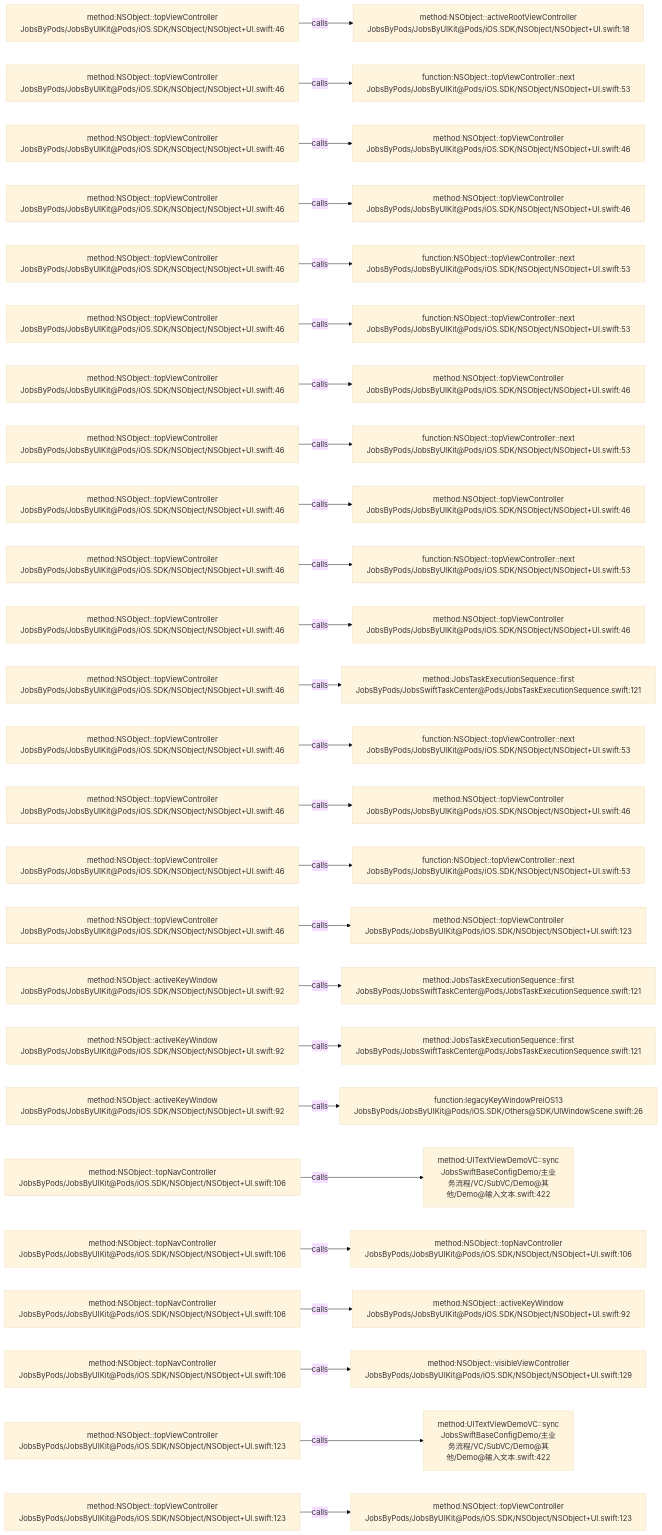
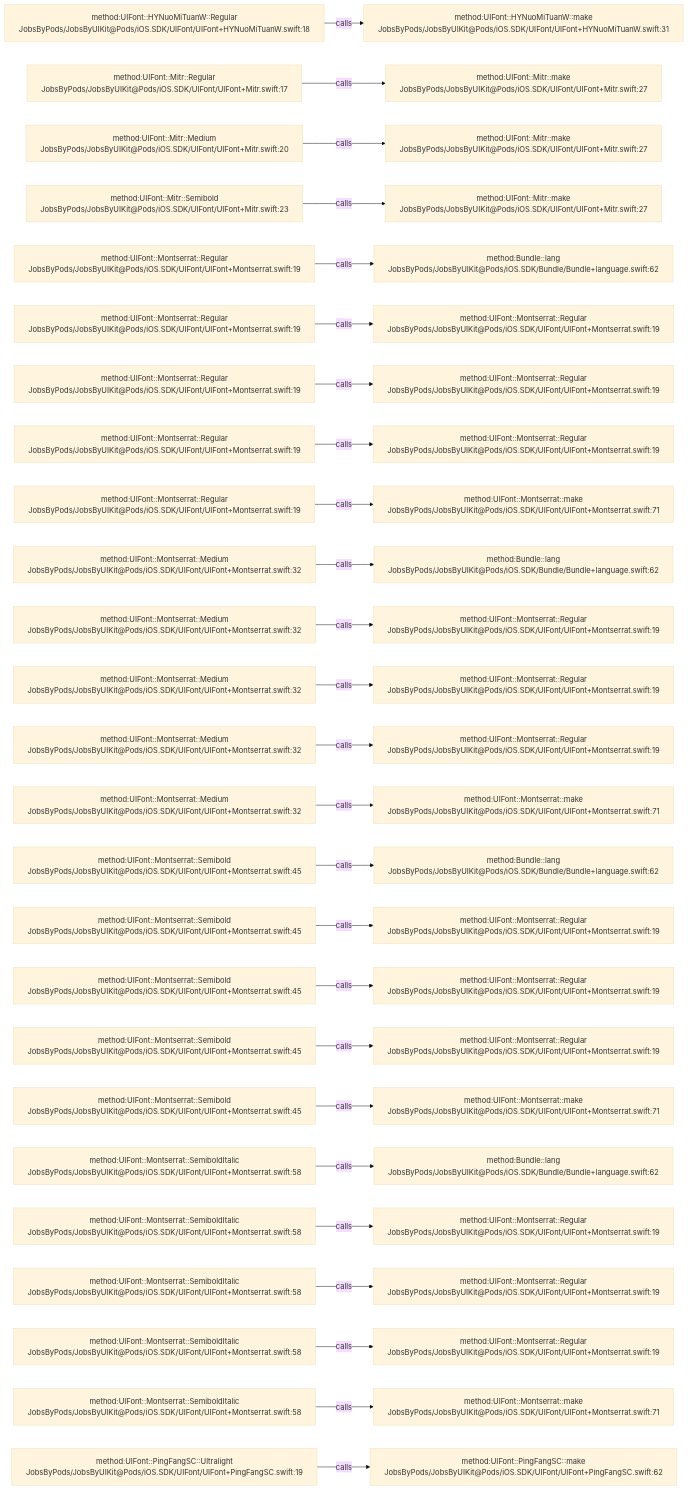
The diagram in .codegraph/codegraph.md/graphs/calls-020.md (JobsKits/JobsSwiftBaseConfigDemo), drawn with Mermaid (base theme) before and after one commit. The commit also changed 569 other files, not shown here.

````diff
--- a/.codegraph/codegraph.md/graphs/calls-020.md
+++ b/.codegraph/codegraph.md/graphs/calls-020.md
@@ -13,78 +13,78 @@
 ```mermaid
 flowchart LR
-  S1["method:NSObject::topViewController<br/>JobsByPods/JobsByUIKit@Pods/iOS.SDK/NSObject/NSObject+UI.swift:46"]
-  T1["method:NSObject::activeRootViewController<br/>JobsByPods/JobsByUIKit@Pods/iOS.SDK/NSObject/NSObject+UI.swift:18"]
+  S1["method:UIFont::HYNuoMiTuanW::Regular<br/>JobsByPods/JobsByUIKit@Pods/iOS.SDK/UIFont/UIFont+HYNuoMiTuanW.swift:18"]
+  T1["method:UIFont::HYNuoMiTuanW::make<br/>JobsByPods/JobsByUIKit@Pods/iOS.SDK/UIFont/UIFont+HYNuoMiTuanW.swift:31"]
   S1 -->|calls| T1
-  S2["method:NSObject::topViewController<br/>JobsByPods/JobsByUIKit@Pods/iOS.SDK/NSObject/NSObject+UI.swift:46"]
-  T2["function:NSObject::topViewController::next<br/>JobsByPods/JobsByUIKit@Pods/iOS.SDK/NSObject/NSObject+UI.swift:53"]
+  S2["method:UIFont::Mitr::Regular<br/>JobsByPods/JobsByUIKit@Pods/iOS.SDK/UIFont/UIFont+Mitr.swift:17"]
+  T2["method:UIFont::Mitr::make<br/>JobsByPods/JobsByUIKit@Pods/iOS.SDK/UIFont/UIFont+Mitr.swift:27"]
   S2 -->|calls| T2
-  S3["method:NSObject::topViewController<br/>JobsByPods/JobsByUIKit@Pods/iOS.SDK/NSObject/NSObject+UI.swift:46"]
-  T3["method:NSObject::topViewController<br/>JobsByPods/JobsByUIKit@Pods/iOS.SDK/NSObject/NSObject+UI.swift:46"]
+  S3["method:UIFont::Mitr::Medium<br/>JobsByPods/JobsByUIKit@Pods/iOS.SDK/UIFont/UIFont+Mitr.swift:20"]
+  T3["method:UIFont::Mitr::make<br/>JobsByPods/JobsByUIKit@Pods/iOS.SDK/UIFont/UIFont+Mitr.swift:27"]
   S3 -->|calls| T3
-  S4["method:NSObject::topViewController<br/>JobsByPods/JobsByUIKit@Pods/iOS.SDK/NSObject/NSObject+UI.swift:46"]
-  T4["method:NSObject::topViewController<br/>JobsByPods/JobsByUIKit@Pods/iOS.SDK/NSObject/NSObject+UI.swift:46"]
+  S4["method:UIFont::Mitr::Semibold<br/>JobsByPods/JobsByUIKit@Pods/iOS.SDK/UIFont/UIFont+Mitr.swift:23"]
+  T4["method:UIFont::Mitr::make<br/>JobsByPods/JobsByUIKit@Pods/iOS.SDK/UIFont/UIFont+Mitr.swift:27"]
   S4 -->|calls| T4
-  S5["method:NSObject::topViewController<br/>JobsByPods/JobsByUIKit@Pods/iOS.SDK/NSObject/NSObject+UI.swift:46"]
-  T5["function:NSObject::topViewController::next<br/>JobsByPods/JobsByUIKit@Pods/iOS.SDK/NSObject/NSObject+UI.swift:53"]
+  S5["method:UIFont::Montserrat::Regular<br/>JobsByPods/JobsByUIKit@Pods/iOS.SDK/UIFont/UIFont+Montserrat.swift:19"]
+  T5["method:Bundle::lang<br/>JobsByPods/JobsByUIKit@Pods/iOS.SDK/Bundle/Bundle+language.swift:62"]
   S5 -->|calls| T5
-  S6["method:NSObject::topViewController<br/>JobsByPods/JobsByUIKit@Pods/iOS.SDK/NSObject/NSObject+UI.swift:46"]
-  T6["function:NSObject::topViewController::next<br/>JobsByPods/JobsByUIKit@Pods/iOS.SDK/NSObject/NSObject+UI.swift:53"]
+  S6["method:UIFont::Montserrat::Regular<br/>JobsByPods/JobsByUIKit@Pods/iOS.SDK/UIFont/UIFont+Montserrat.swift:19"]
+  T6["method:UIFont::Montserrat::Regular<br/>JobsByPods/JobsByUIKit@Pods/iOS.SDK/UIFont/UIFont+Montserrat.swift:19"]
   S6 -->|calls| T6
-  S7["method:NSObject::topViewController<br/>JobsByPods/JobsByUIKit@Pods/iOS.SDK/NSObject/NSObject+UI.swift:46"]
-  T7["method:NSObject::topViewController<br/>JobsByPods/JobsByUIKit@Pods/iOS.SDK/NSObject/NSObject+UI.swift:46"]
+  S7["method:UIFont::Montserrat::Regular<br/>JobsByPods/JobsByUIKit@Pods/iOS.SDK/UIFont/UIFont+Montserrat.swift:19"]
+  T7["method:UIFont::Montserrat::Regular<br/>JobsByPods/JobsByUIKit@Pods/iOS.SDK/UIFont/UIFont+Montserrat.swift:19"]
   S7 -->|calls| T7
-  S8["method:NSObject::topViewController<br/>JobsByPods/JobsByUIKit@Pods/iOS.SDK/NSObject/NSObject+UI.swift:46"]
-  T8["function:NSObject::topViewController::next<br/>JobsByPods/JobsByUIKit@Pods/iOS.SDK/NSObject/NSObject+UI.swift:53"]
+  S8["method:UIFont::Montserrat::Regular<br/>JobsByPods/JobsByUIKit@Pods/iOS.SDK/UIFont/UIFont+Montserrat.swift:19"]
+  T8["method:UIFont::Montserrat::Regular<br/>JobsByPods/JobsByUIKit@Pods/iOS.SDK/UIFont/UIFont+Montserrat.swift:19"]
   S8 -->|calls| T8
-  S9["method:NSObject::topViewController<br/>JobsByPods/JobsByUIKit@Pods/iOS.SDK/NSObject/NSObject+UI.swift:46"]
-  T9["method:NSObject::topViewController<br/>JobsByPods/JobsByUIKit@Pods/iOS.SDK/NSObject/NSObject+UI.swift:46"]
+  S9["method:UIFont::Montserrat::Regular<br/>JobsByPods/JobsByUIKit@Pods/iOS.SDK/UIFont/UIFont+Montserrat.swift:19"]
+  T9["method:UIFont::Montserrat::make<br/>JobsByPods/JobsByUIKit@Pods/iOS.SDK/UIFont/UIFont+Montserrat.swift:71"]
   S9 -->|calls| T9
-  S10["method:NSObject::topViewController<br/>JobsByPods/JobsByUIKit@Pods/iOS.SDK/NSObject/NSObject+UI.swift:46"]
-  T10["function:NSObject::topViewController::next<br/>JobsByPods/JobsByUIKit@Pods/iOS.SDK/NSObject/NSObject+UI.swift:53"]
+  S10["method:UIFont::Montserrat::Medium<br/>JobsByPods/JobsByUIKit@Pods/iOS.SDK/UIFont/UIFont+Montserrat.swift:32"]
+  T10["method:Bundle::lang<br/>JobsByPods/JobsByUIKit@Pods/iOS.SDK/Bundle/Bundle+language.swift:62"]
   S10 -->|calls| T10
-  S11["method:NSObject::topViewController<br/>JobsByPods/JobsByUIKit@Pods/iOS.SDK/NSObject/NSObject+UI.swift:46"]
-  T11["method:NSObject::topViewController<br/>JobsByPods/JobsByUIKit@Pods/iOS.SDK/NSObject/NSObject+UI.swift:46"]
+  S11["method:UIFont::Montserrat::Medium<br/>JobsByPods/JobsByUIKit@Pods/iOS.SDK/UIFont/UIFont+Montserrat.swift:32"]
+  T11["method:UIFont::Montserrat::Regular<br/>JobsByPods/JobsByUIKit@Pods/iOS.SDK/UIFont/UIFont+Montserrat.swift:19"]
   S11 -->|calls| T11
-  S12["method:NSObject::topViewController<br/>JobsByPods/JobsByUIKit@Pods/iOS.SDK/NSObject/NSObject+UI.swift:46"]
-  T12["method:JobsTaskExecutionSequence::first<br/>JobsByPods/JobsSwiftTaskCenter@Pods/JobsTaskExecutionSequence.swift:121"]
+  S12["method:UIFont::Montserrat::Medium<br/>JobsByPods/JobsByUIKit@Pods/iOS.SDK/UIFont/UIFont+Montserrat.swift:32"]
+  T12["method:UIFont::Montserrat::Regular<br/>JobsByPods/JobsByUIKit@Pods/iOS.SDK/UIFont/UIFont+Montserrat.swift:19"]
   S12 -->|calls| T12
-  S13["method:NSObject::topViewController<br/>JobsByPods/JobsByUIKit@Pods/iOS.SDK/NSObject/NSObject+UI.swift:46"]
-  T13["function:NSObject::topViewController::next<br/>JobsByPods/JobsByUIKit@Pods/iOS.SDK/NSObject/NSObject+UI.swift:53"]
+  S13["method:UIFont::Montserrat::Medium<br/>JobsByPods/JobsByUIKit@Pods/iOS.SDK/UIFont/UIFont+Montserrat.swift:32"]
+  T13["method:UIFont::Montserrat::Regular<br/>JobsByPods/JobsByUIKit@Pods/iOS.SDK/UIFont/UIFont+Montserrat.swift:19"]
   S13 -->|calls| T13
-  S14["method:NSObject::topViewController<br/>JobsByPods/JobsByUIKit@Pods/iOS.SDK/NSObject/NSObject+UI.swift:46"]
-  T14["method:NSObject::topViewController<br/>JobsByPods/JobsByUIKit@Pods/iOS.SDK/NSObject/NSObject+UI.swift:46"]
+  S14["method:UIFont::Montserrat::Medium<br/>JobsByPods/JobsByUIKit@Pods/iOS.SDK/UIFont/UIFont+Montserrat.swift:32"]
+  T14["method:UIFont::Montserrat::make<br/>JobsByPods/JobsByUIKit@Pods/iOS.SDK/UIFont/UIFont+Montserrat.swift:71"]
   S14 -->|calls| T14
-  S15["method:NSObject::topViewController<br/>JobsByPods/JobsByUIKit@Pods/iOS.SDK/NSObject/NSObject+UI.swift:46"]
-  T15["function:NSObject::topViewController::next<br/>JobsByPods/JobsByUIKit@Pods/iOS.SDK/NSObject/NSObject+UI.swift:53"]
+  S15["method:UIFont::Montserrat::Semibold<br/>JobsByPods/JobsByUIKit@Pods/iOS.SDK/UIFont/UIFont+Montserrat.swift:45"]
+  T15["method:Bundle::lang<br/>JobsByPods/JobsByUIKit@Pods/iOS.SDK/Bundle/Bundle+language.swift:62"]
   S15 -->|calls| T15
-  S16["method:NSObject::topViewController<br/>JobsByPods/JobsByUIKit@Pods/iOS.SDK/NSObject/NSObject+UI.swift:46"]
-  T16["method:NSObject::topViewController<br/>JobsByPods/JobsByUIKit@Pods/iOS.SDK/NSObject/NSObject+UI.swift:123"]
+  S16["method:UIFont::Montserrat::Semibold<br/>JobsByPods/JobsByUIKit@Pods/iOS.SDK/UIFont/UIFont+Montserrat.swift:45"]
+  T16["method:UIFont::Montserrat::Regular<br/>JobsByPods/JobsByUIKit@Pods/iOS.SDK/UIFont/UIFont+Montserrat.swift:19"]
   S16 -->|calls| T16
-  S17["method:NSObject::activeKeyWindow<br/>JobsByPods/JobsByUIKit@Pods/iOS.SDK/NSObject/NSObject+UI.swift:92"]
-  T17["method:JobsTaskExecutionSequence::first<br/>JobsByPods/JobsSwiftTaskCenter@Pods/JobsTaskExecutionSequence.swift:121"]
+  S17["method:UIFont::Montserrat::Semibold<br/>JobsByPods/JobsByUIKit@Pods/iOS.SDK/UIFont/UIFont+Montserrat.swift:45"]
+  T17["method:UIFont::Montserrat::Regular<br/>JobsByPods/JobsByUIKit@Pods/iOS.SDK/UIFont/UIFont+Montserrat.swift:19"]
   S17 -->|calls| T17
-  S18["method:NSObject::activeKeyWindow<br/>JobsByPods/JobsByUIKit@Pods/iOS.SDK/NSObject/NSObject+UI.swift:92"]
-  T18["method:JobsTaskExecutionSequence::first<br/>JobsByPods/JobsSwiftTaskCenter@Pods/JobsTaskExecutionSequence.swift:121"]
+  S18["method:UIFont::Montserrat::Semibold<br/>JobsByPods/JobsByUIKit@Pods/iOS.SDK/UIFont/UIFont+Montserrat.swift:45"]
+  T18["method:UIFont::Montserrat::Regular<br/>JobsByPods/JobsByUIKit@Pods/iOS.SDK/UIFont/UIFont+Montserrat.swift:19"]
   S18 -->|calls| T18
-  S19["method:NSObject::activeKeyWindow<br/>JobsByPods/JobsByUIKit@Pods/iOS.SDK/NSObject/NSObject+UI.swift:92"]
-  T19["function:legacyKeyWindowPreiOS13<br/>JobsByPods/JobsByUIKit@Pods/iOS.SDK/Others@SDK/UIWindowScene.swift:26"]
+  S19["method:UIFont::Montserrat::Semibold<br/>JobsByPods/JobsByUIKit@Pods/iOS.SDK/UIFont/UIFont+Montserrat.swift:45"]
+  T19["method:UIFont::Montserrat::make<br/>JobsByPods/JobsByUIKit@Pods/iOS.SDK/UIFont/UIFont+Montserrat.swift:71"]
   S19 -->|calls| T19
-  S20["method:NSObject::topNavController<br/>JobsByPods/JobsByUIKit@Pods/iOS.SDK/NSObject/NSObject+UI.swift:106"]
-  T20["method:UITextViewDemoVC::sync<br/>JobsSwiftBaseConfigDemo/主业务流程/VC/SubVC/Demo@其他/Demo@输入文本.swift:422"]
+  S20["method:UIFont::Montserrat::SemiboldItalic<br/>JobsByPods/JobsByUIKit@Pods/iOS.SDK/UIFont/UIFont+Montserrat.swift:58"]
+  T20["method:Bundle::lang<br/>JobsByPods/JobsByUIKit@Pods/iOS.SDK/Bundle/Bundle+language.swift:62"]
   S20 -->|calls| T20
-  S21["method:NSObject::topNavController<br/>JobsByPods/JobsByUIKit@Pods/iOS.SDK/NSObject/NSObject+UI.swift:106"]
-  T21["method:NSObject::topNavController<br/>JobsByPods/JobsByUIKit@Pods/iOS.SDK/NSObject/NSObject+UI.swift:106"]
+  S21["method:UIFont::Montserrat::SemiboldItalic<br/>JobsByPods/JobsByUIKit@Pods/iOS.SDK/UIFont/UIFont+Montserrat.swift:58"]
+  T21["method:UIFont::Montserrat::Regular<br/>JobsByPods/JobsByUIKit@Pods/iOS.SDK/UIFont/UIFont+Montserrat.swift:19"]
   S21 -->|calls| T21
-  S22["method:NSObject::topNavController<br/>JobsByPods/JobsByUIKit@Pods/iOS.SDK/NSObject/NSObject+UI.swift:106"]
-  T22["method:NSObject::activeKeyWindow<br/>JobsByPods/JobsByUIKit@Pods/iOS.SDK/NSObject/NSObject+UI.swift:92"]
+  S22["method:UIFont::Montserrat::SemiboldItalic<br/>JobsByPods/JobsByUIKit@Pods/iOS.SDK/UIFont/UIFont+Montserrat.swift:58"]
+  T22["method:UIFont::Montserrat::Regular<br/>JobsByPods/JobsByUIKit@Pods/iOS.SDK/UIFont/UIFont+Montserrat.swift:19"]
   S22 -->|calls| T22
-  S23["method:NSObject::topNavController<br/>JobsByPods/JobsByUIKit@Pods/iOS.SDK/NSObject/NSObject+UI.swift:106"]
-  T23["method:NSObject::visibleViewController<br/>JobsByPods/JobsByUIKit@Pods/iOS.SDK/NSObject/NSObject+UI.swift:129"]
+  S23["method:UIFont::Montserrat::SemiboldItalic<br/>JobsByPods/JobsByUIKit@Pods/iOS.SDK/UIFont/UIFont+Montserrat.swift:58"]
+  T23["method:UIFont::Montserrat::Regular<br/>JobsByPods/JobsByUIKit@Pods/iOS.SDK/UIFont/UIFont+Montserrat.swift:19"]
   S23 -->|calls| T23
-  S24["method:NSObject::topViewController<br/>JobsByPods/JobsByUIKit@Pods/iOS.SDK/NSObject/NSObject+UI.swift:123"]
-  T24["method:UITextViewDemoVC::sync<br/>JobsSwiftBaseConfigDemo/主业务流程/VC/SubVC/Demo@其他/Demo@输入文本.swift:422"]
+  S24["method:UIFont::Montserrat::SemiboldItalic<br/>JobsByPods/JobsByUIKit@Pods/iOS.SDK/UIFont/UIFont+Montserrat.swift:58"]
+  T24["method:UIFont::Montserrat::make<br/>JobsByPods/JobsByUIKit@Pods/iOS.SDK/UIFont/UIFont+Montserrat.swift:71"]
   S24 -->|calls| T24
-  S25["method:NSObject::topViewController<br/>JobsByPods/JobsByUIKit@Pods/iOS.SDK/NSObject/NSObject+UI.swift:123"]
-  T25["method:NSObject::topViewController<br/>JobsByPods/JobsByUIKit@Pods/iOS.SDK/NSObject/NSObject+UI.swift:123"]
+  S25["method:UIFont::PingFangSC::Ultralight<br/>JobsByPods/JobsByUIKit@Pods/iOS.SDK/UIFont/UIFont+PingFangSC.swift:19"]
+  T25["method:UIFont::PingFangSC::make<br/>JobsByPods/JobsByUIKit@Pods/iOS.SDK/UIFont/UIFont+PingFangSC.swift:62"]
   S25 -->|calls| T25
 ```
````
